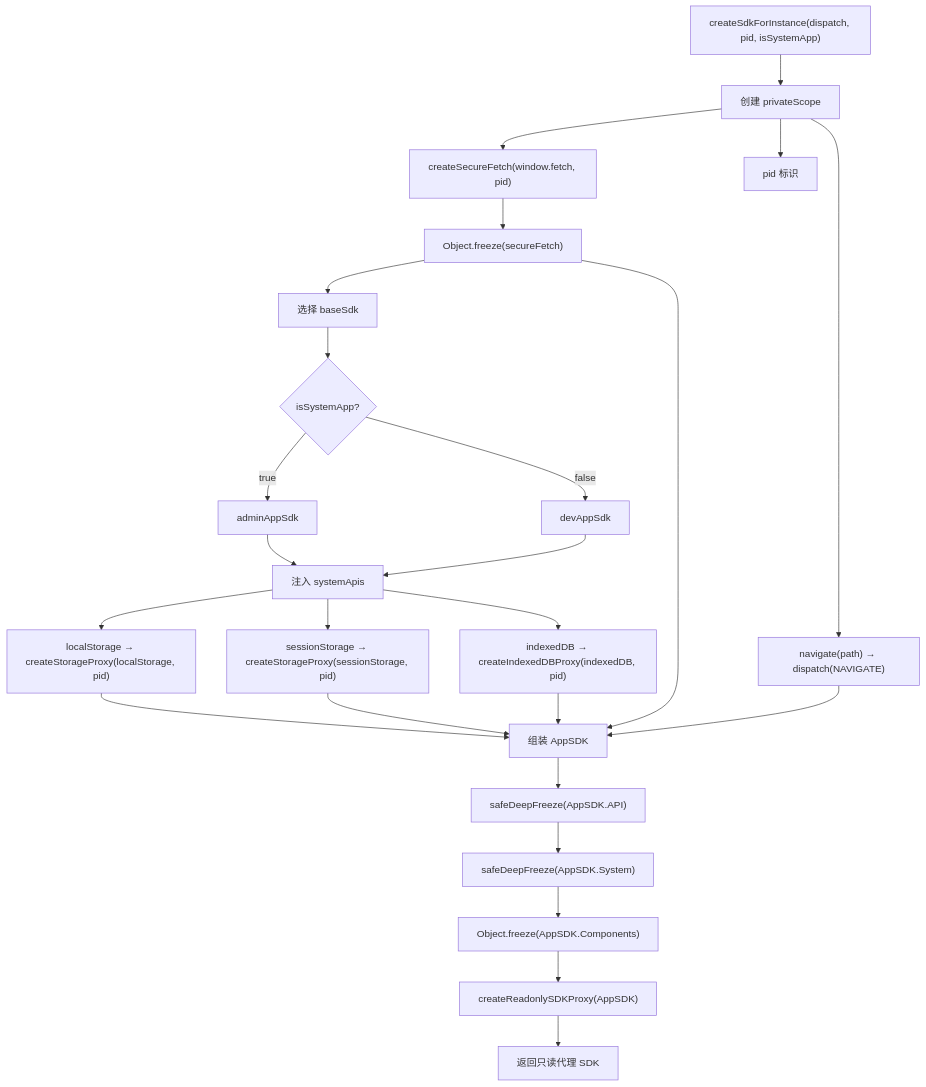
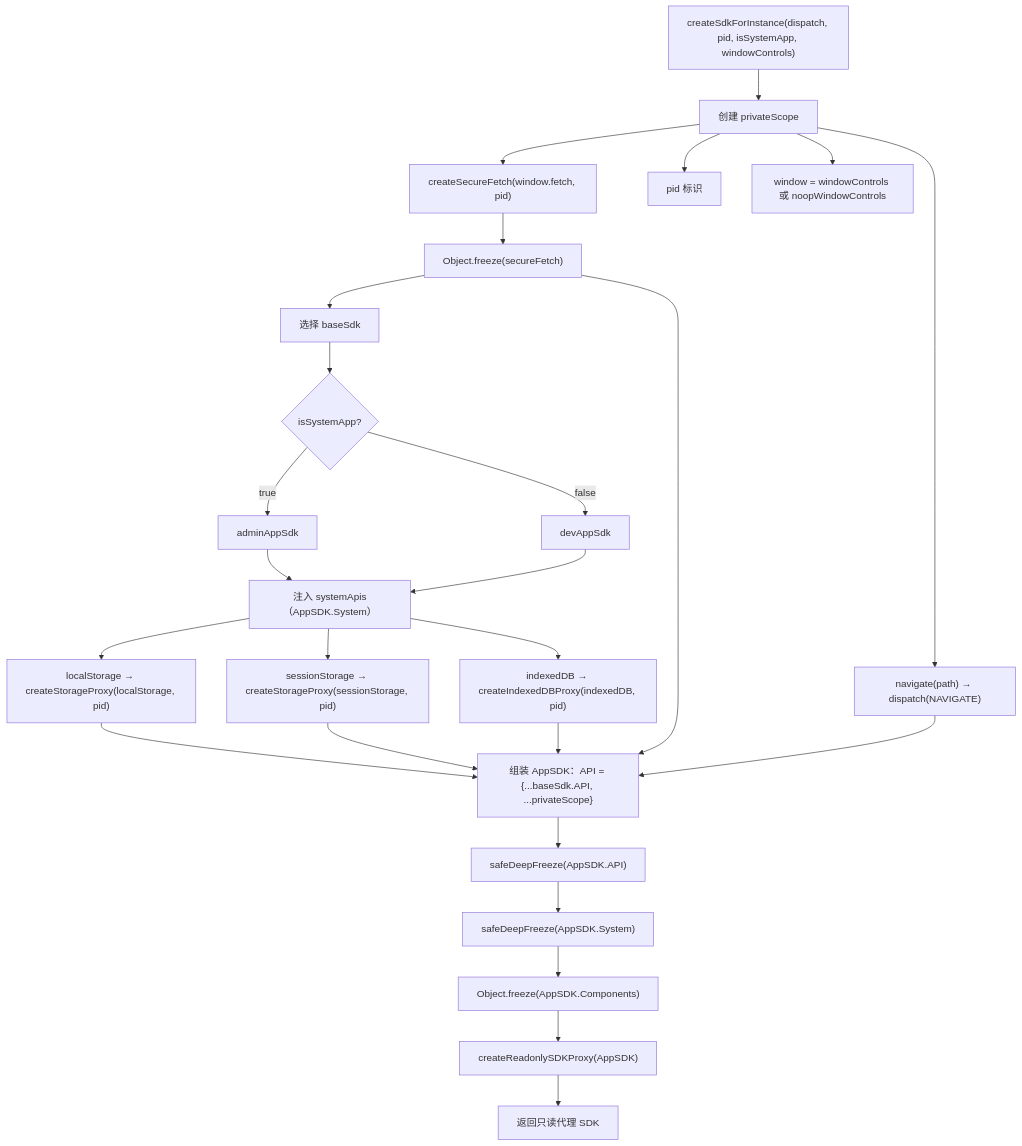
Before and after one commit to suluwanqing/sukinOS: the first of 5 diagrams in docs/module/03-resources.md, drawn with Mermaid. The commit also changed other lines of this file and 70 other files, not shown here.

````diff
--- a/docs/module/03-resources.md
+++ b/docs/module/03-resources.md
@@ -79,27 +81,28 @@
 ```mermaid
 flowchart TD
-    A["createSdkForInstance(dispatch, pid, isSystemApp)"] --> B["创建 privateScope"]
+    A["createSdkForInstance(dispatch, pid, isSystemApp, windowControls)"] --> B["创建 privateScope"]
     B --> B1["createSecureFetch(window.fetch, pid)"]
     B --> B2["navigate(path) → dispatch(NAVIGATE)"]
     B --> B3["pid 标识"]
+    B --> B5["window = windowControls 或 noopWindowControls"]
     B1 --> B4["Object.freeze(secureFetch)"]
     B4 --> C["选择 baseSdk"]
     C --> C1{isSystemApp?}
     C1 -->|true| C2["adminAppSdk"]
     C1 -->|false| C3["devAppSdk"]
-    C2 --> D["注入 systemApis"]
+    C2 --> D["注入 systemApis（AppSDK.System）"]
     C3 --> D
     D --> D1["localStorage → createStorageProxy(localStorage, pid)"]
     D --> D2["sessionStorage → createStorageProxy(sessionStorage, pid)"]
     D --> D3["indexedDB → createIndexedDBProxy(indexedDB, pid)"]
-    D1 --> E["组装 AppSDK"]
+    D1 --> E["组装 AppSDK：API = {...baseSdk.API, ...privateScope}"]
     D2 --> E
     D3 --> E
     B4 --> E
     B2 --> E
     E --> F["safeDeepFreeze(AppSDK.API)"]
     F --> G["safeDeepFreeze(AppSDK.System)"]
     G --> H["Object.freeze(AppSDK.Components)"]
     H --> I["createReadonlySDKProxy(AppSDK)"]
     I --> J["返回只读代理 SDK"]
 ```
````
